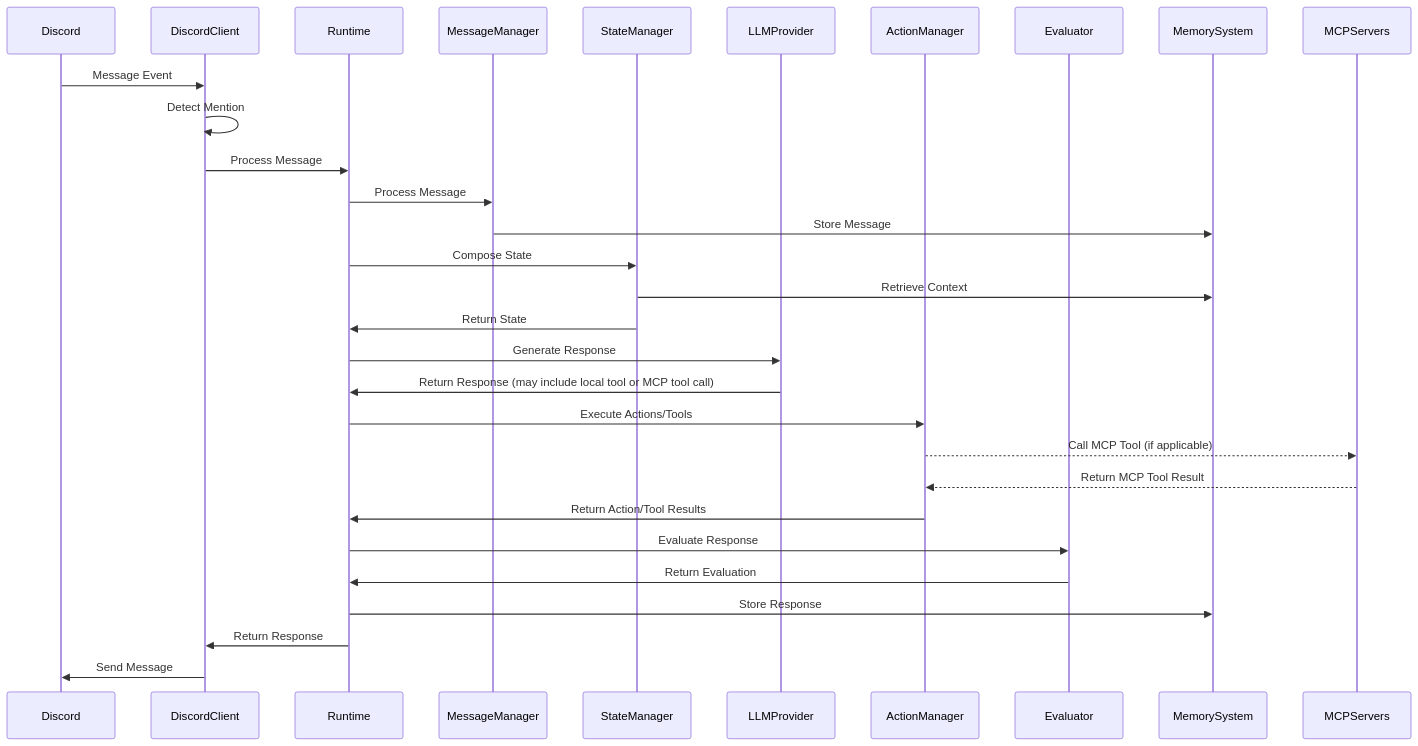
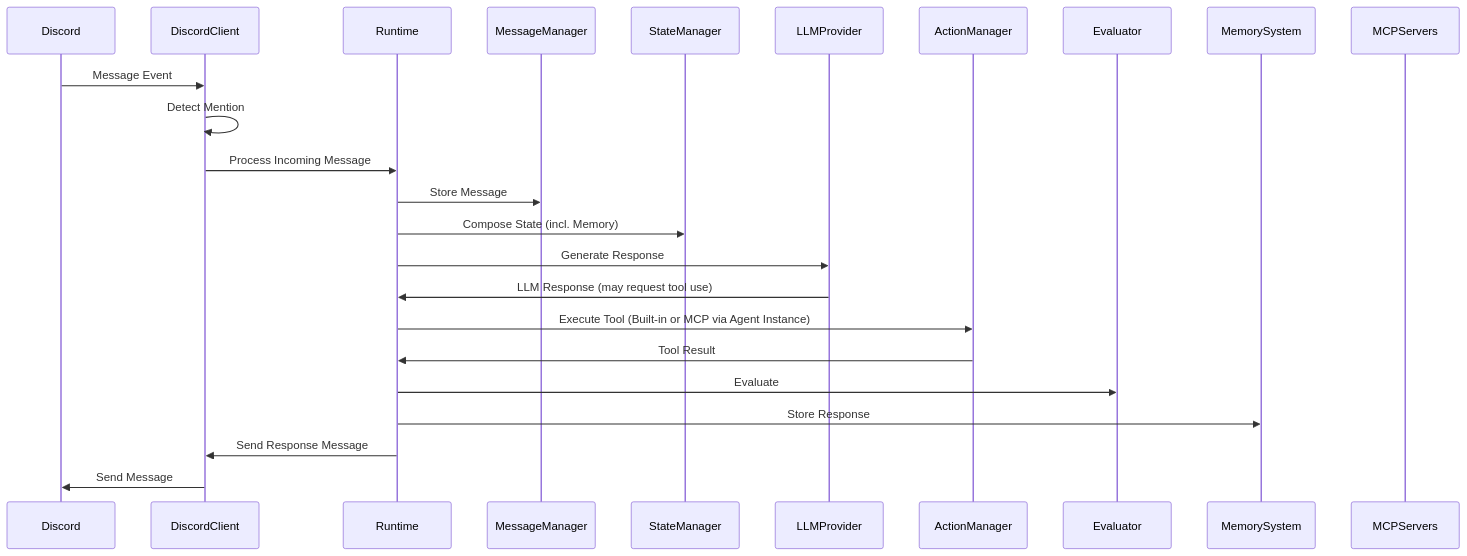
The second of 5 diagrams in memory-bank/systemPatterns.md (granthooks/Carrier), drawn with Mermaid before and after one commit. The commit also changed other lines of this file and 14 other files, not shown here.

````diff
--- a/memory-bank/systemPatterns.md
+++ b/memory-bank/systemPatterns.md
@@ -319,33 +354,27 @@
 ```mermaid
 sequenceDiagram
     participant Discord
     participant DiscordClient
     participant Runtime
     participant MessageManager
     participant StateManager
     participant LLMProvider
     participant ActionManager
     participant Evaluator
     participant MemorySystem
     participant MCPServers
     
     Discord->>DiscordClient: Message Event
     DiscordClient->>DiscordClient: Detect Mention
-    DiscordClient->>Runtime: Process Message
-    Runtime->>MessageManager: Process Message
-    MessageManager->>MemorySystem: Store Message
-    Runtime->>StateManager: Compose State
-    StateManager->>MemorySystem: Retrieve Context
-    StateManager->>Runtime: Return State
+    DiscordClient->>Runtime: Process Incoming Message
+    Runtime->>MessageManager: Store Message
+    Runtime->>StateManager: Compose State (incl. Memory)
     Runtime->>LLMProvider: Generate Response
-    LLMProvider->>Runtime: Return Response (may include local tool or MCP tool call)
-    Runtime->>ActionManager: Execute Actions/Tools
-    ActionManager-->>MCPServers: Call MCP Tool (if applicable)
-    MCPServers-->>ActionManager: Return MCP Tool Result
-    ActionManager->>Runtime: Return Action/Tool Results
-    Runtime->>Evaluator: Evaluate Response
-    Evaluator->>Runtime: Return Evaluation
+    LLMProvider->>Runtime: LLM Response (may request tool use)
+    Runtime->>ActionManager: Execute Tool (Built-in or MCP via Agent Instance)
+    ActionManager->>Runtime: Tool Result
+    Runtime->>Evaluator: Evaluate
     Runtime->>MemorySystem: Store Response
-    Runtime->>DiscordClient: Return Response
+    Runtime->>DiscordClient: Send Response Message
     DiscordClient->>Discord: Send Message
 ```
````
